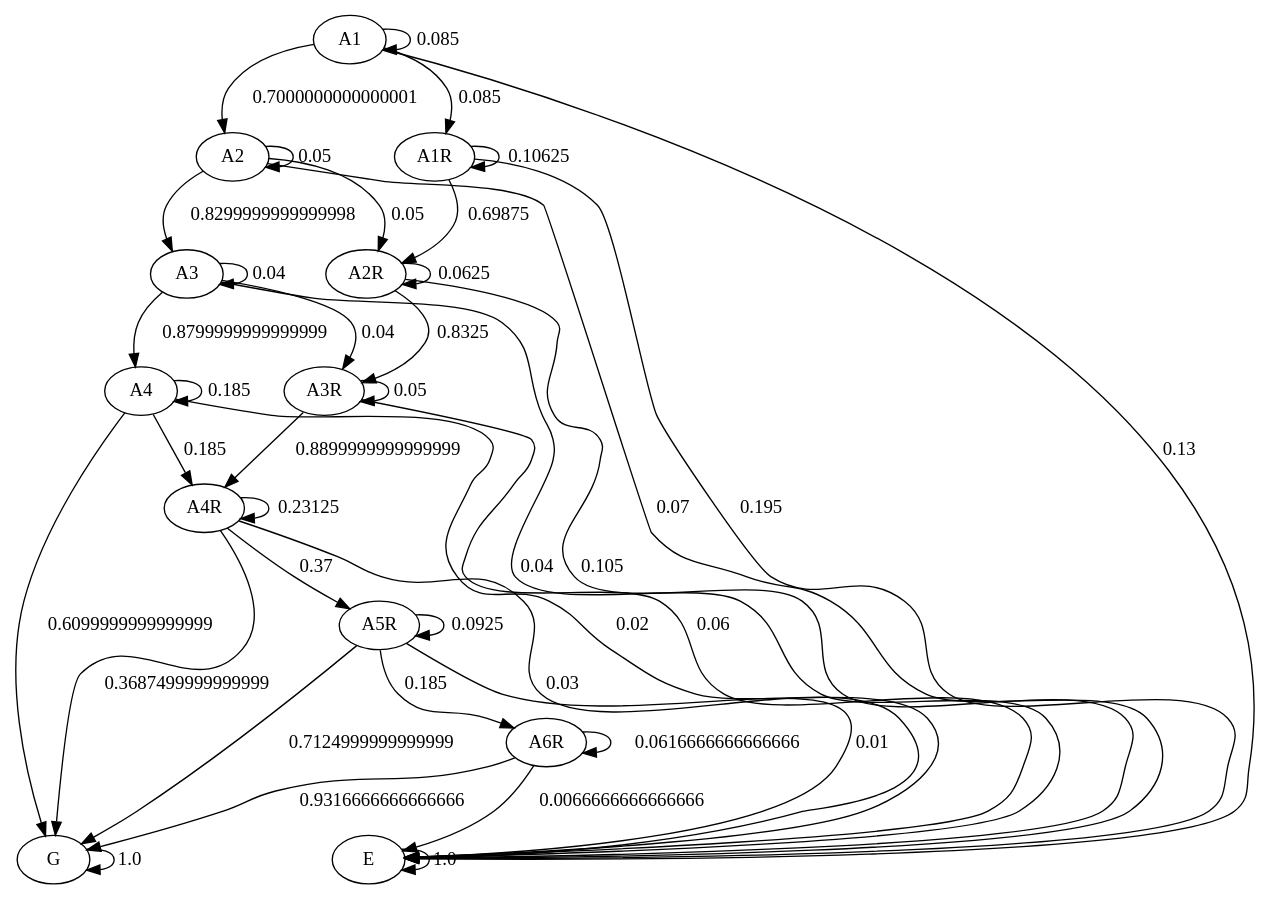
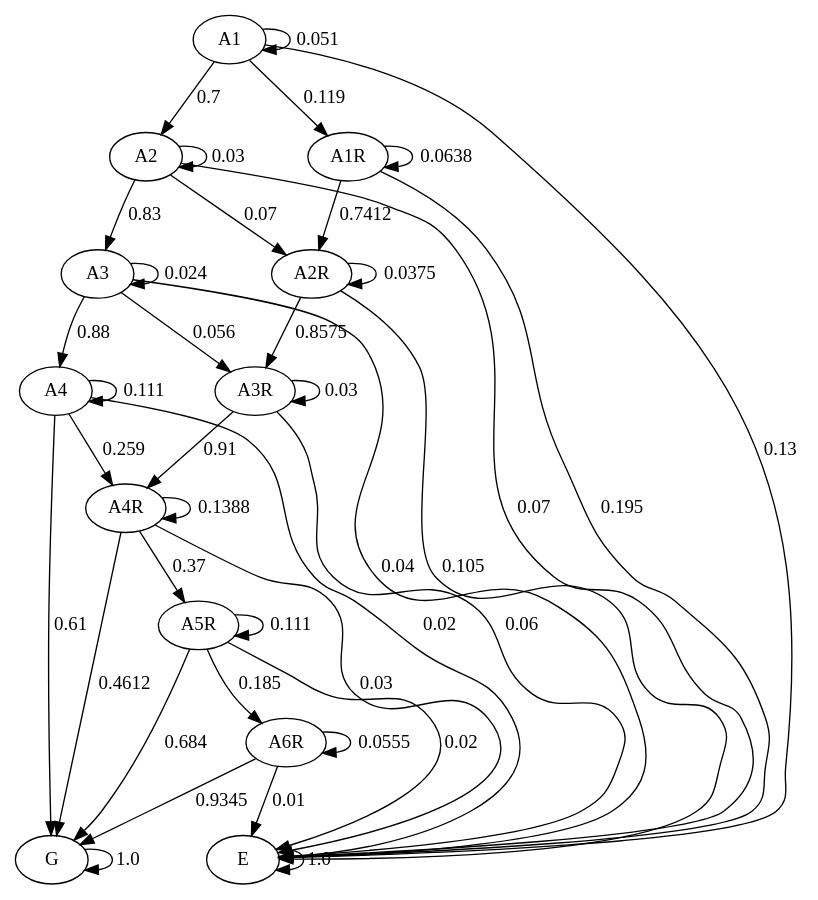
The diagram in graph/markov.dot (JulianaFerreira/educacao), drawn with Graphviz before and after one commit. The commit also changed 11 other files, not shown here.

```diff
--- a/graph/markov.dot
+++ b/graph/markov.dot
@@ -1,52 +1,52 @@
 digraph  {
 A1;
 A2;
 A3;
 A4;
 A1R;
 A2R;
 A3R;
 A4R;
 A5R;
 A6R;
 G;
 E;
-A1 -> A1  [key=0, label="0.085", weight="0.085"];
-A1 -> A2  [key=0, label="0.7000000000000001", weight="0.7000000000000001"];
-A1 -> A1R  [key=0, label="0.085", weight="0.085"];
+A1 -> A1  [key=0, label="0.051", weight="0.051"];
+A1 -> A2  [key=0, label="0.7", weight="0.7"];
+A1 -> A1R  [key=0, label="0.119", weight="0.119"];
 A1 -> E  [key=0, label="0.13", weight="0.13"];
-A2 -> A2  [key=0, label="0.05", weight="0.05"];
-A2 -> A3  [key=0, label="0.8299999999999998", weight="0.8299999999999998"];
-A2 -> A2R  [key=0, label="0.05", weight="0.05"];
+A2 -> A2  [key=0, label="0.03", weight="0.03"];
+A2 -> A3  [key=0, label="0.83", weight="0.83"];
+A2 -> A2R  [key=0, label="0.07", weight="0.07"];
 A2 -> E  [key=0, label="0.07", weight="0.07"];
-A3 -> A3  [key=0, label="0.04", weight="0.04"];
-A3 -> A4  [key=0, label="0.8799999999999999", weight="0.8799999999999999"];
-A3 -> A3R  [key=0, label="0.04", weight="0.04"];
+A3 -> A3  [key=0, label="0.024", weight="0.024"];
+A3 -> A4  [key=0, label="0.88", weight="0.88"];
+A3 -> A3R  [key=0, label="0.056", weight="0.056"];
 A3 -> E  [key=0, label="0.04", weight="0.04"];
-A4 -> A4  [key=0, label="0.185", weight="0.185"];
-A4 -> A4R  [key=0, label="0.185", weight="0.185"];
-A4 -> G  [key=0, label="0.6099999999999999", weight="0.6099999999999999"];
+A4 -> A4  [key=0, label="0.111", weight="0.111"];
+A4 -> A4R  [key=0, label="0.259", weight="0.259"];
+A4 -> G  [key=0, label="0.61", weight="0.61"];
 A4 -> E  [key=0, label="0.02", weight="0.02"];
-A1R -> A1R  [key=0, label="0.10625", weight="0.10625"];
-A1R -> A2R  [key=0, label="0.69875", weight="0.69875"];
+A1R -> A1R  [key=0, label="0.0638", weight="0.0638"];
+A1R -> A2R  [key=0, label="0.7412", weight="0.7412"];
 A1R -> E  [key=0, label="0.195", weight="0.195"];
-A2R -> A2R  [key=0, label="0.0625", weight="0.0625"];
-A2R -> A3R  [key=0, label="0.8325", weight="0.8325"];
+A2R -> A2R  [key=0, label="0.0375", weight="0.0375"];
+A2R -> A3R  [key=0, label="0.8575", weight="0.8575"];
 A2R -> E  [key=0, label="0.105", weight="0.105"];
-A3R -> A3R  [key=0, label="0.05", weight="0.05"];
-A3R -> A4R  [key=0, label="0.8899999999999999", weight="0.8899999999999999"];
+A3R -> A3R  [key=0, label="0.03", weight="0.03"];
+A3R -> A4R  [key=0, label="0.91", weight="0.91"];
 A3R -> E  [key=0, label="0.06", weight="0.06"];
-A4R -> A4R  [key=0, label="0.23125", weight="0.23125"];
+A4R -> A4R  [key=0, label="0.1388", weight="0.1388"];
 A4R -> A5R  [key=0, label="0.37", weight="0.37"];
-A4R -> G  [key=0, label="0.3687499999999999", weight="0.3687499999999999"];
+A4R -> G  [key=0, label="0.4612", weight="0.4612"];
 A4R -> E  [key=0, label="0.03", weight="0.03"];
-A5R -> A5R  [key=0, label="0.0925", weight="0.0925"];
+A5R -> A5R  [key=0, label="0.111", weight="0.111"];
 A5R -> A6R  [key=0, label="0.185", weight="0.185"];
-A5R -> G  [key=0, label="0.7124999999999999", weight="0.7124999999999999"];
-A5R -> E  [key=0, label="0.01", weight="0.01"];
-A6R -> A6R  [key=0, label="0.0616666666666666", weight="0.0616666666666666"];
-A6R -> G  [key=0, label="0.9316666666666666", weight="0.9316666666666666"];
-A6R -> E  [key=0, label="0.0066666666666666", weight="0.0066666666666666"];
+A5R -> G  [key=0, label="0.684", weight="0.684"];
+A5R -> E  [key=0, label="0.02", weight="0.02"];
+A6R -> A6R  [key=0, label="0.0555", weight="0.0555"];
+A6R -> G  [key=0, label="0.9345", weight="0.9345"];
+A6R -> E  [key=0, label="0.01", weight="0.01"];
 G -> G  [key=0, label="1.0", weight="1.0"];
 E -> E  [key=0, label="1.0", weight="1.0"];
 }
```
